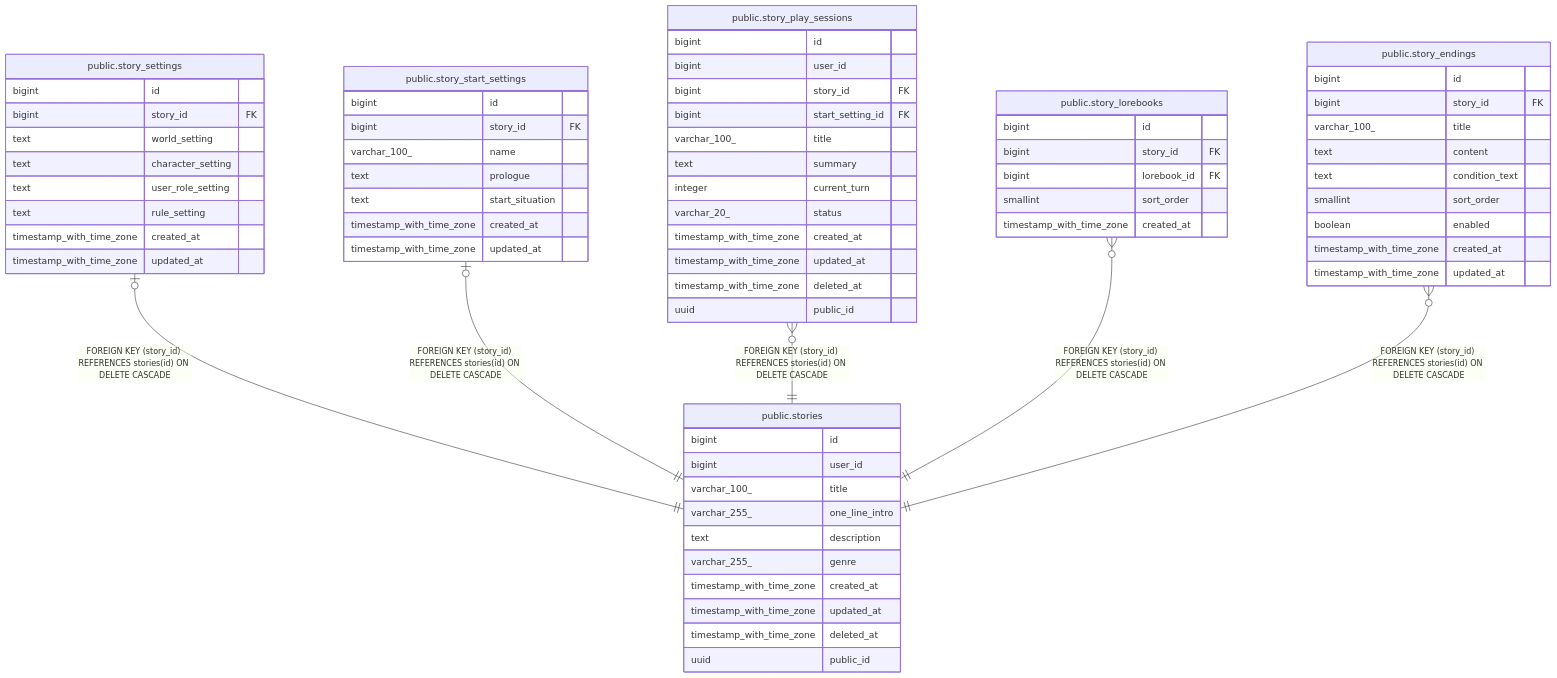
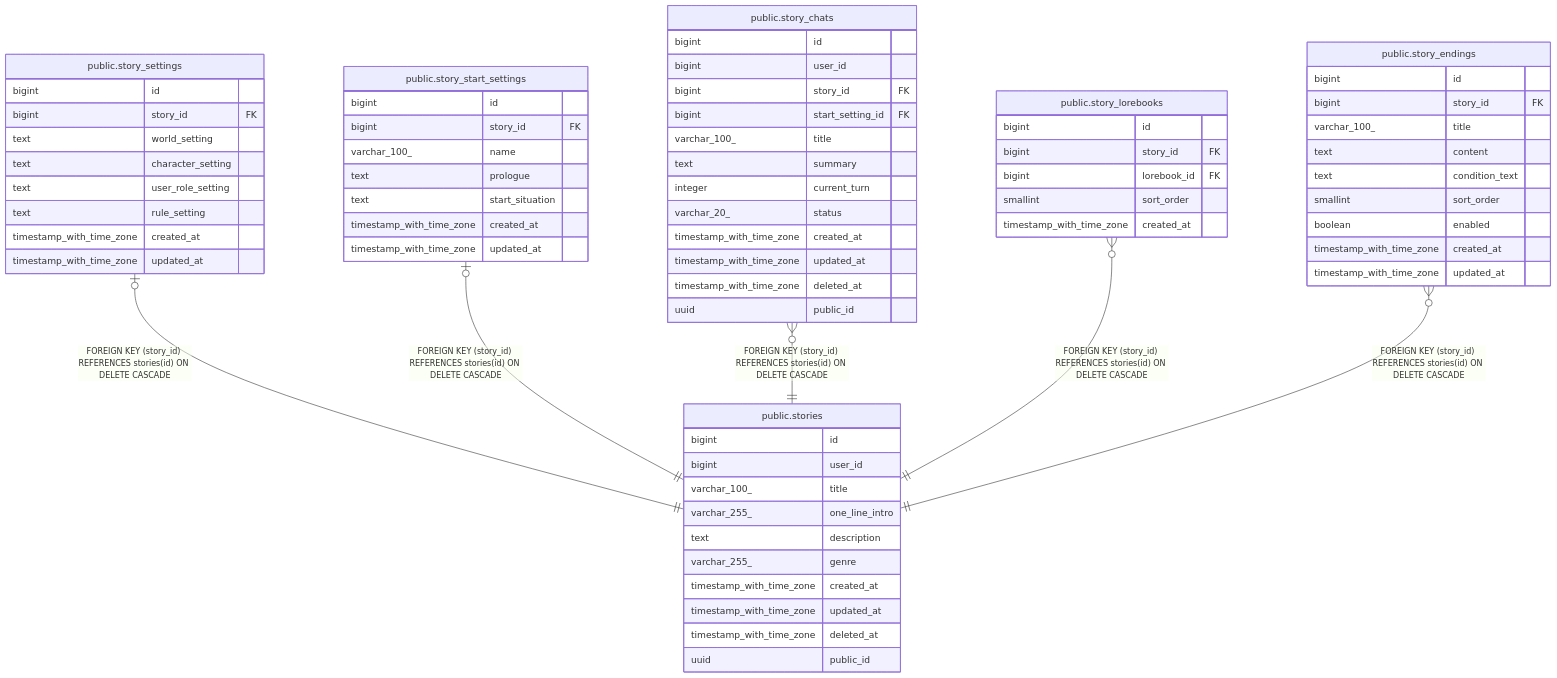
One commit to KIM-N-KANG/manyak-server changed the diagram in dbdoc/public.stories.md. Above: the diagram before and after it, drawn with Mermaid. The commit also changed other lines of this file and 25 other files, not shown here.

````diff
--- a/dbdoc/public.stories.md
+++ b/dbdoc/public.stories.md
@@ -34,73 +34,73 @@
 ```mermaid
 erDiagram
 
 "public.story_settings" |o--|| "public.stories" : "FOREIGN KEY (story_id) REFERENCES stories(id) ON DELETE CASCADE"
 "public.story_start_settings" |o--|| "public.stories" : "FOREIGN KEY (story_id) REFERENCES stories(id) ON DELETE CASCADE"
-"public.story_play_sessions" }o--|| "public.stories" : "FOREIGN KEY (story_id) REFERENCES stories(id) ON DELETE CASCADE"
+"public.story_chats" }o--|| "public.stories" : "FOREIGN KEY (story_id) REFERENCES stories(id) ON DELETE CASCADE"
 "public.story_lorebooks" }o--|| "public.stories" : "FOREIGN KEY (story_id) REFERENCES stories(id) ON DELETE CASCADE"
 "public.story_endings" }o--|| "public.stories" : "FOREIGN KEY (story_id) REFERENCES stories(id) ON DELETE CASCADE"
 
 "public.stories" {
   bigint id
   bigint user_id
   varchar_100_ title
   varchar_255_ one_line_intro
   text description
   varchar_255_ genre
   timestamp_with_time_zone created_at
   timestamp_with_time_zone updated_at
   timestamp_with_time_zone deleted_at
   uuid public_id
 }
 "public.story_settings" {
   bigint id
   bigint story_id FK
   text world_setting
   text character_setting
   text user_role_setting
   text rule_setting
   timestamp_with_time_zone created_at
   timestamp_with_time_zone updated_at
 }
 "public.story_start_settings" {
   bigint id
   bigint story_id FK
   varchar_100_ name
   text prologue
   text start_situation
   timestamp_with_time_zone created_at
   timestamp_with_time_zone updated_at
 }
-"public.story_play_sessions" {
+"public.story_chats" {
   bigint id
   bigint user_id
   bigint story_id FK
   bigint start_setting_id FK
   varchar_100_ title
   text summary
   integer current_turn
   varchar_20_ status
   timestamp_with_time_zone created_at
   timestamp_with_time_zone updated_at
   timestamp_with_time_zone deleted_at
   uuid public_id
 }
 "public.story_lorebooks" {
   bigint id
   bigint story_id FK
   bigint lorebook_id FK
   smallint sort_order
   timestamp_with_time_zone created_at
 }
 "public.story_endings" {
   bigint id
   bigint story_id FK
   varchar_100_ title
   text content
   text condition_text
   smallint sort_order
   boolean enabled
   timestamp_with_time_zone created_at
   timestamp_with_time_zone updated_at
 }
 ```
````
